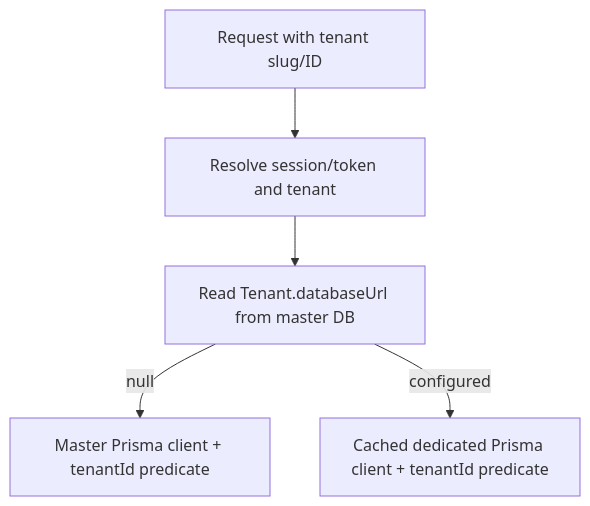
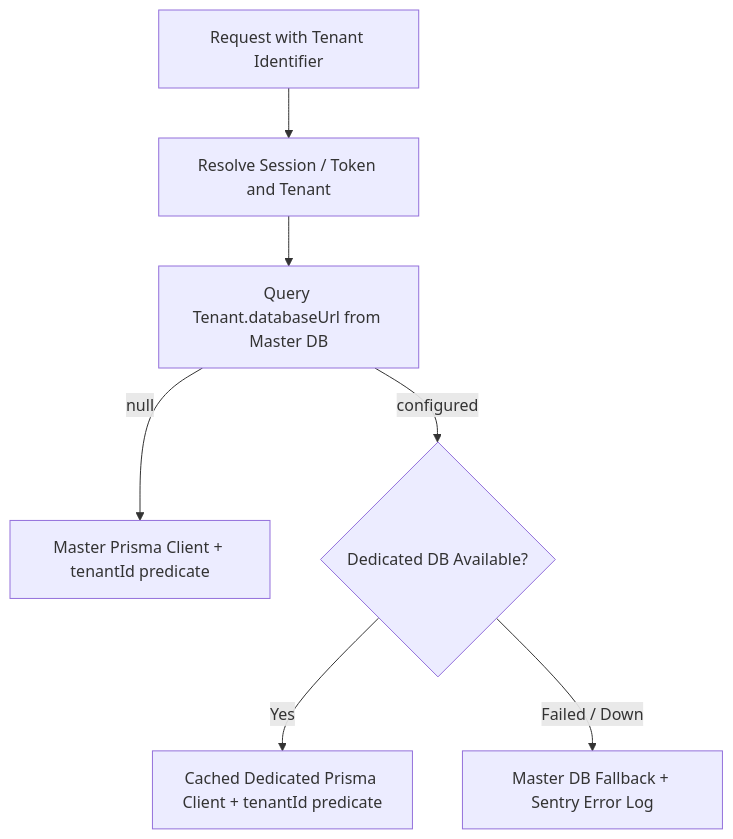
Before and after one commit to zonggonau/sacms: the second of 2 diagrams in docs/03-Technical_Design_Document.md, drawn with Mermaid. The commit also changed other lines of this file and 11 other files, not shown here.

Commit message:
docs: synchronize full SDLC documentation with v1.2.1.0 codebase architecture

````diff
--- a/docs/03-Technical_Design_Document.md
+++ b/docs/03-Technical_Design_Document.md
@@ -81,7 +83,9 @@
 ```mermaid
 flowchart TD
-    Request["Request with tenant slug/ID"] --> Access["Resolve session/token and tenant"]
-    Access --> Lookup["Read Tenant.databaseUrl from master DB"]
-    Lookup -->|"null"| Shared["Master Prisma client + tenantId predicate"]
-    Lookup -->|"configured"| Dedicated["Cached dedicated Prisma client + tenantId predicate"]
+    Request["Request with Tenant Identifier"] --> Access["Resolve Session / Token and Tenant"]
+    Access --> Lookup["Query Tenant.databaseUrl from Master DB"]
+    Lookup -->|"null"| Shared["Master Prisma Client + tenantId predicate"]
+    Lookup -->|"configured"| DedicatedCheck{"Dedicated DB Available?"}
+    DedicatedCheck -->|"Yes"| DedicatedClient["Cached Dedicated Prisma Client + tenantId predicate"]
+    DedicatedCheck -->|"Failed / Down"| Fallback["Master DB Fallback + Sentry Error Log"]
 ```
````
